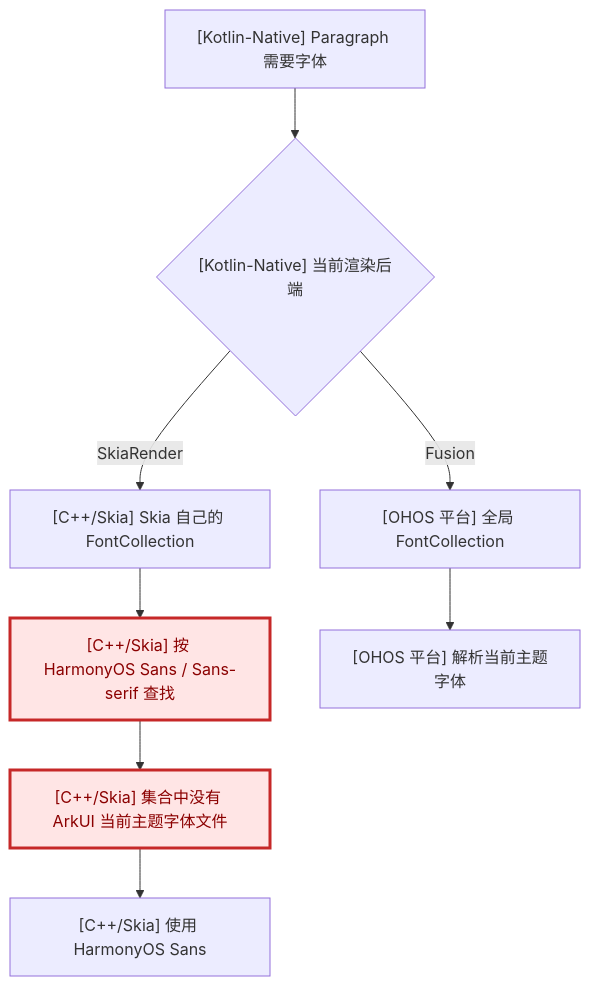
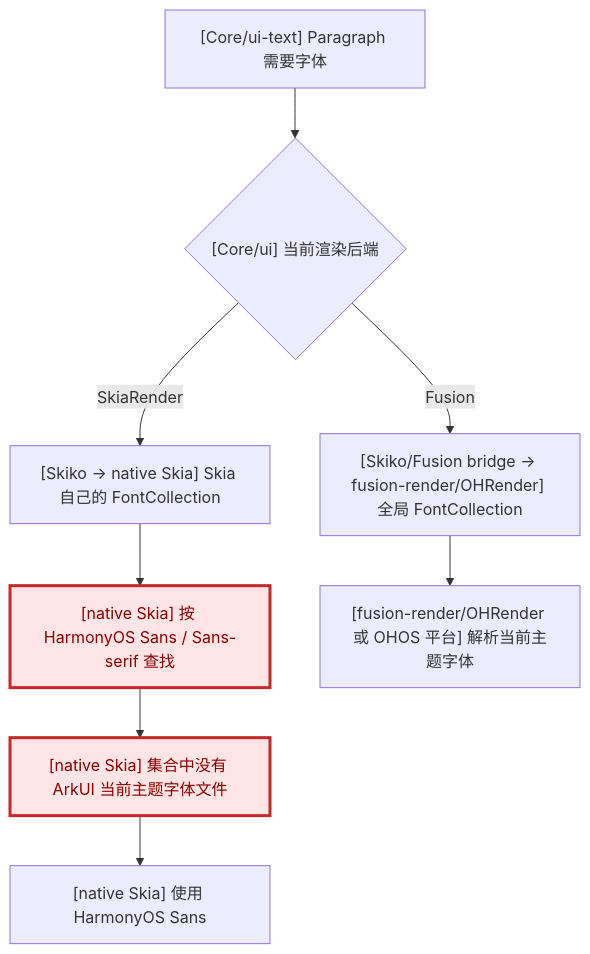
One commit to jsdegithub/CMP-DOCS changed the seventh of 10 diagrams in CMP不跟随系统字体问题-根因与修复思路.md. Above: the diagram before and after it, drawn with Mermaid. The commit also changed other lines of this file, not shown here.

````diff
--- a/CMP不跟随系统字体问题-根因与修复思路.md
+++ b/CMP不跟随系统字体问题-根因与修复思路.md
@@ -400,12 +410,12 @@
 ```mermaid
 flowchart TD
-    A["[Kotlin-Native] Paragraph 需要字体"] --> B{"[Kotlin-Native] 当前渲染后端"}
-    B -->|"SkiaRender"| C["[C++/Skia] Skia 自己的 FontCollection"]
-    C --> D["[C++/Skia] 按 HarmonyOS Sans / Sans-serif 查找"]:::problem
-    D --> E["[C++/Skia] 集合中没有 ArkUI 当前主题字体文件"]:::problem
-    E --> F["[C++/Skia] 使用 HarmonyOS Sans"]
-    B -->|"Fusion"| G["[OHOS 平台] 全局 FontCollection"]
-    G --> H["[OHOS 平台] 解析当前主题字体"]
+    A["[Core/ui-text] Paragraph 需要字体"] --> B{"[Core/ui] 当前渲染后端"}
+    B -->|"SkiaRender"| C["[Skiko → native Skia] Skia 自己的 FontCollection"]
+    C --> D["[native Skia] 按 HarmonyOS Sans / Sans-serif 查找"]:::problem
+    D --> E["[native Skia] 集合中没有 ArkUI 当前主题字体文件"]:::problem
+    E --> F["[native Skia] 使用 HarmonyOS Sans"]
+    B -->|"Fusion"| G["[Skiko/Fusion bridge → fusion-render/OHRender] 全局 FontCollection"]
+    G --> H["[fusion-render/OHRender 或 OHOS 平台] 解析当前主题字体"]
 
     classDef problem fill:#ffe5e5,stroke:#c62828,stroke-width:3px,color:#8b0000;
 ```
````
